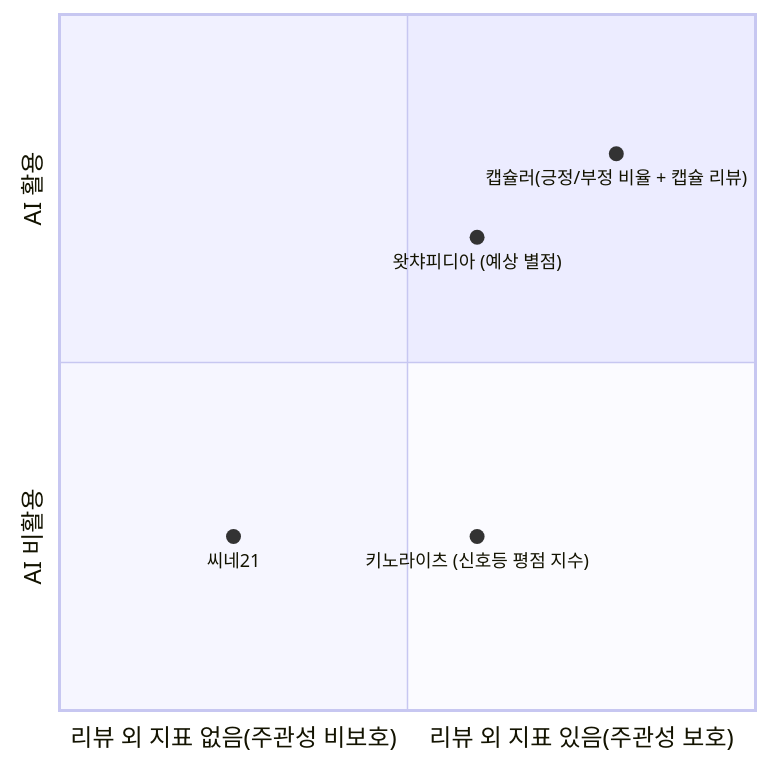
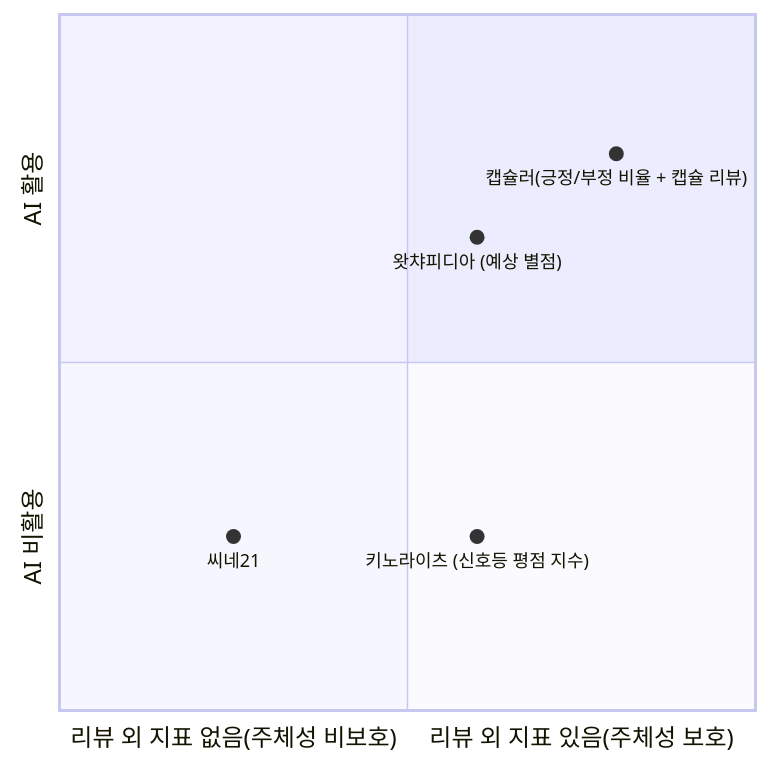
Before and after one commit to kbs-kbs/2025-1-AISP: the first of 3 diagrams in 인공지능 서비스 프로젝트​ 개발 계획서.md, drawn with Mermaid. The commit also changed other lines of this file, not shown here.

````diff
--- a/인공지능 서비스 프로젝트​ 개발 계획서.md
+++ b/인공지능 서비스 프로젝트​ 개발 계획서.md
@@ -81,11 +79,10 @@
 ```mermaid
 %%{init: {"quadrantChart": {"pointTextPadding": 10}}}%%
 quadrantChart
-    x-axis "리뷰 외 지표 없음(주관성 비보호)" --> "리뷰 외 지표 있음(주관성 보호)"
+    x-axis "리뷰 외 지표 없음(주체성 비보호)" --> "리뷰 외 지표 있음(주체성 보호)"
     y-axis "AI 비활용" --> "AI 활용"
     "키노라이츠 (신호등 평점 지수)": [0.6, 0.25]
     "왓챠피디아 (예상 별점)": [0.6, 0.68]
     "씨네21": [0.25, 0.25]
     "캡슐러(긍정/부정 비율 + 캡슐 리뷰)": [0.8, 0.8]
-
 ```
````
